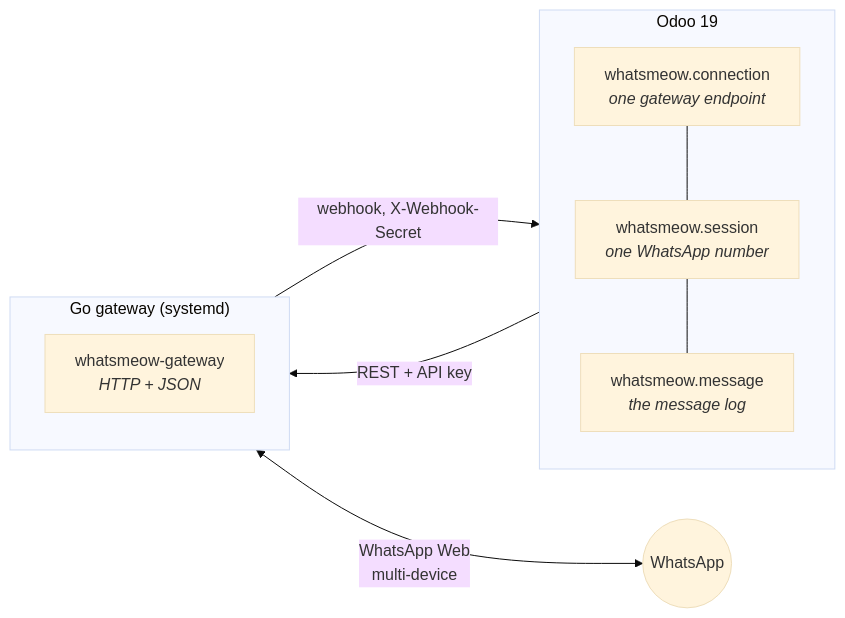
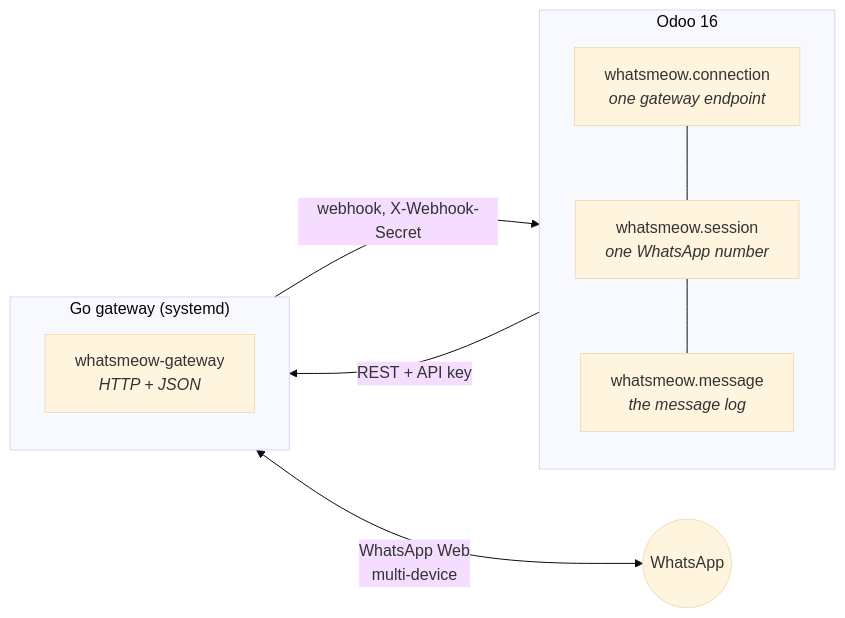
Before and after one commit to fasilwdr/whatsmeow-odoo: the diagram in README.md, drawn with Mermaid (base theme). The commit also changed other lines of this file and 61 other files, not shown here.

````diff
--- a/README.md
+++ b/README.md
@@ -41,15 +41,15 @@
 ```mermaid
 flowchart LR
-    subgraph odoo["Odoo 19"]
+    subgraph odoo["Odoo 16"]
         C["whatsmeow.connection<br/><i>one gateway endpoint</i>"]
         S["whatsmeow.session<br/><i>one WhatsApp number</i>"]
         M["whatsmeow.message<br/><i>the message log</i>"]
         C --- S --- M
     end
     subgraph gw["Go gateway (systemd)"]
         G["whatsmeow-gateway<br/><i>HTTP + JSON</i>"]
     end
     odoo -- "REST + API key" --> gw
     gw -- "webhook, X-Webhook-Secret" --> odoo
     gw <-- "WhatsApp Web<br/>multi-device" --> WA(("WhatsApp"))
 ```
````
